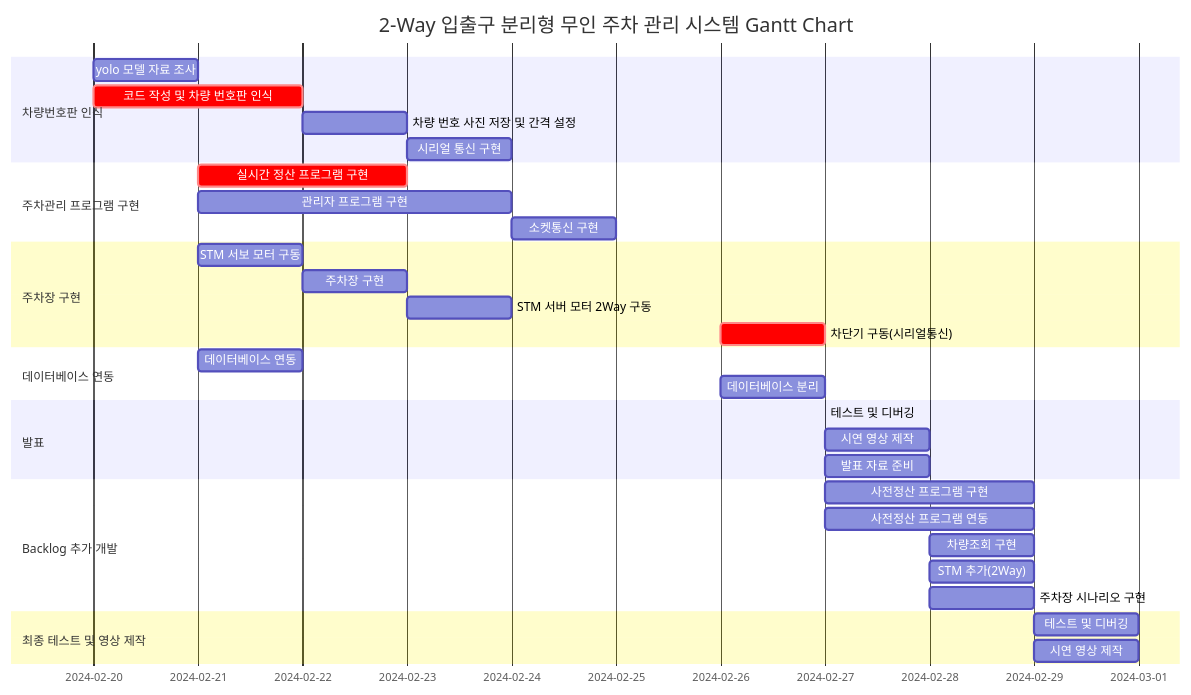
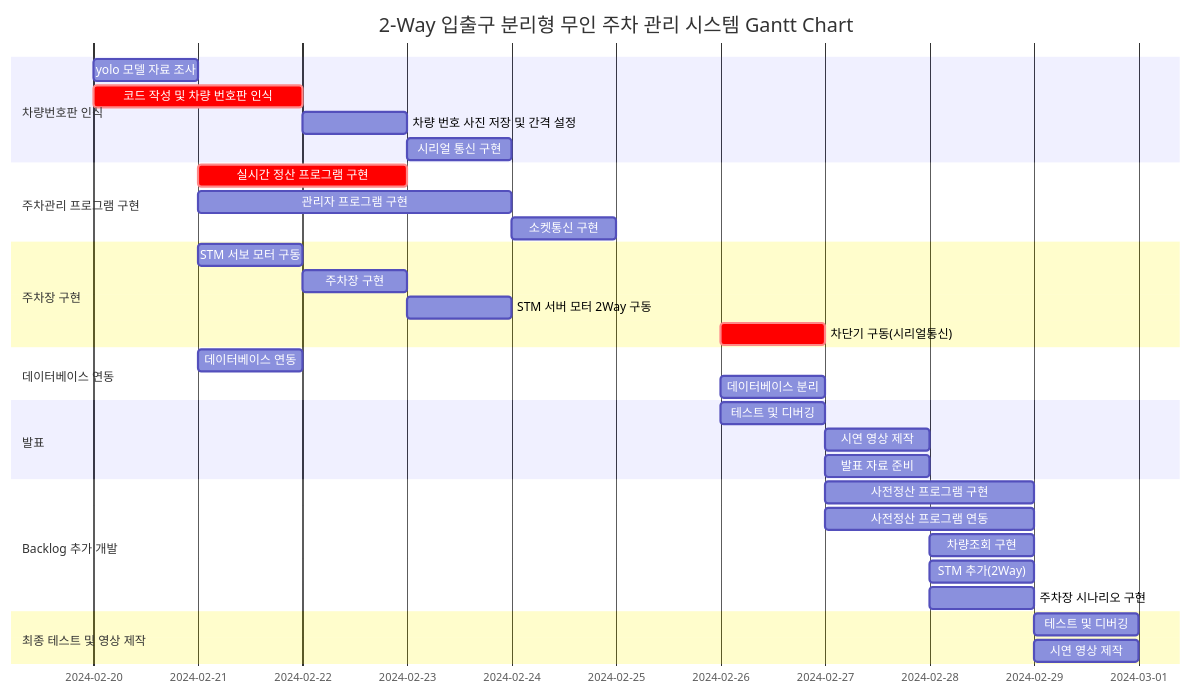
One commit to jykimqwer/ParkingManagementSystem changed the diagram in README.md. Above: the diagram before and after it, drawn with Mermaid.

````diff
--- a/README.md
+++ b/README.md
@@ -77,43 +77,43 @@
 ```mermaid
 gantt
     dateFormat  MM-DD-YYYY
     title       2-Way 입출구 분리형 무인 주차 관리 시스템 Gantt Chart
 	
 	section 차량번호판 인식 
 		yolo 모델 자료 조사 :2024-02-20, 1d
                 코드 작성 및 차량 번호판 인식  :crit, 2024-02-20, 2d
 		차량 번호 사진 저장 및 간격 설정 : 2024-02-22, 1d
 		시리얼 통신 구현 : 2024-02-23, 1d
 	
 	section 주차관리 프로그램 구현
 		실시간 정산 프로그램 구현 : crit, 2024-02-21, 2d
 		관리자 프로그램 구현 : 2024-02-21, 3d
 		소켓통신 구현 : 2024-02-24, 1d
 
 	section 주차장 구현
 		STM 서보 모터 구동 : 2024-02-21, 1d
 		주차장 구현 :2024-02-22, 1d
 		STM 서버 모터 2Way 구동 : 2024-02-23, 1d
 		차단기 구동(시리얼통신) : crit, 2024-02-26, 1d
 
 	section 데이터베이스 연동
 		데이터베이스 연동 : 2024-02-21, 1d
 		데이터베이스 분리 : 2024-02-26, 1d
 
 	section 발표
-		테스트 및 디버깅 : 2024-02-26 1d
+		테스트 및 디버깅 : 2024-02-26, 1d
 		시연 영상 제작 : 2024-02-27, 1d
 		발표 자료 준비 : 2024-02-27, 1d
 
 	section Backlog 추가 개발
                 사전정산 프로그램 구현 : 2024-02-27, 2d
 		사전정산 프로그램 연동 : 2024-02-27, 2d
 		차량조회 구현 : 2024-02-28, 1d
 		STM 추가(2Way) : 2024-02-28, 1d
 		주차장 시나리오 구현 : 2024-02-28, 1d
 
 	section 최종 테스트 및 영상 제작
 		테스트 및 디버깅 : 2024-02-29, 1d
 		시연 영상 제작 : 2024-02-29, 1d
 
 ```
````
